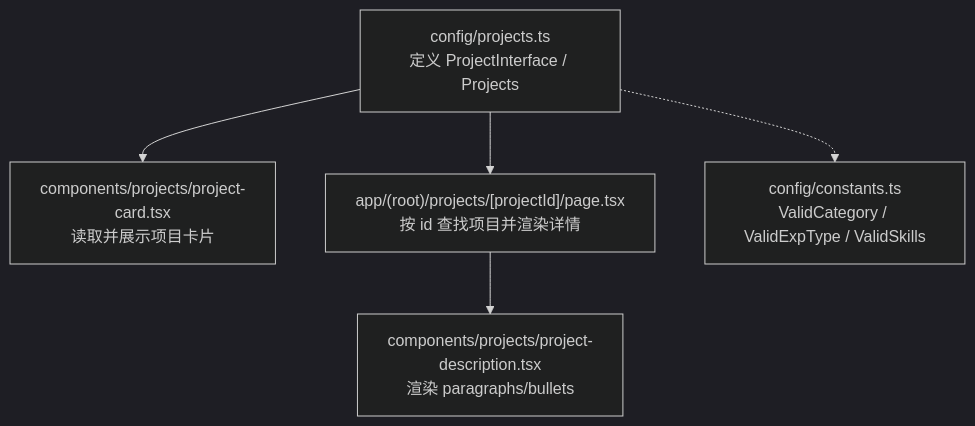
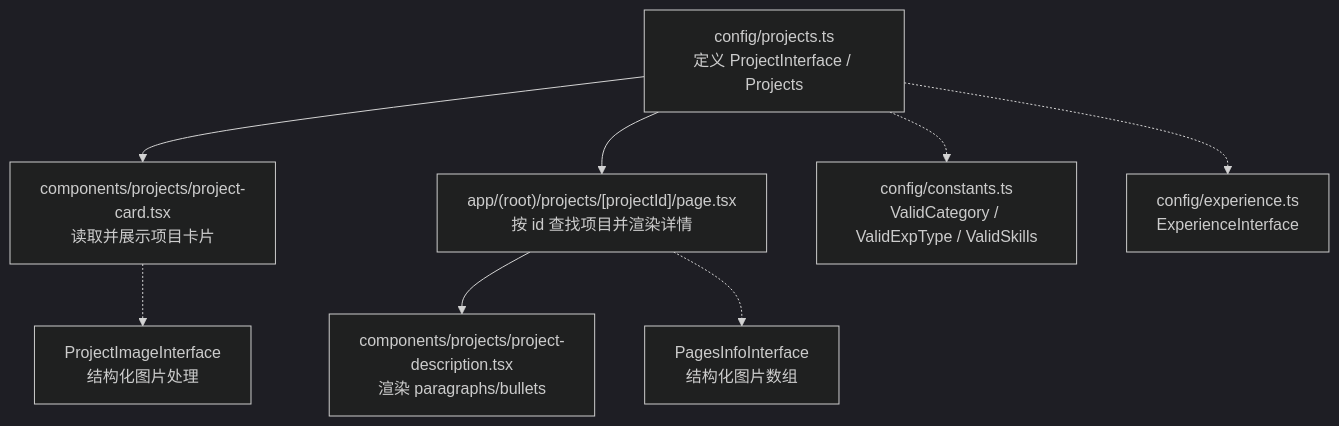
One commit to florianjsun/next-portfolio changed the first of 4 diagrams in .qoder/repowiki/zh/content/核心功能模块/项目展示模块/项目数据模型.md. Above: the diagram before and after it, drawn with Mermaid (dark theme). The commit also changed other lines of this file and 80 other files, not shown here.

````diff
--- a/.qoder/repowiki/zh/content/核心功能模块/项目展示模块/项目数据模型.md
+++ b/.qoder/repowiki/zh/content/核心功能模块/项目展示模块/项目数据模型.md
@@ -35,7 +45,10 @@
 ```mermaid
 graph TB
 A["config/projects.ts<br/>定义 ProjectInterface / Projects"] --> B["components/projects/project-card.tsx<br/>读取并展示项目卡片"]
 A --> C["app/(root)/projects/[projectId]/page.tsx<br/>按 id 查找项目并渲染详情"]
 C --> D["components/projects/project-description.tsx<br/>渲染 paragraphs/bullets"]
 A -.-> E["config/constants.ts<br/>ValidCategory / ValidExpType / ValidSkills"]
+A -.-> F["config/experience.ts<br/>ExperienceInterface"]
+B -.-> G["ProjectImageInterface<br/>结构化图片处理"]
+C -.-> H["PagesInfoInterface<br/>结构化图片数组"]
 ```
````
